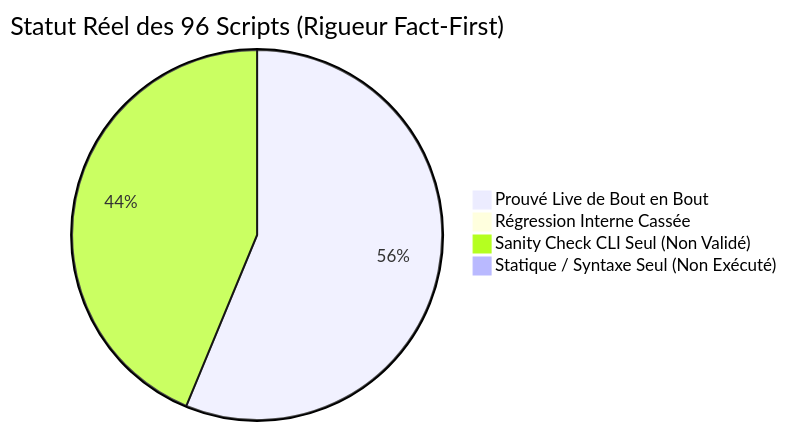
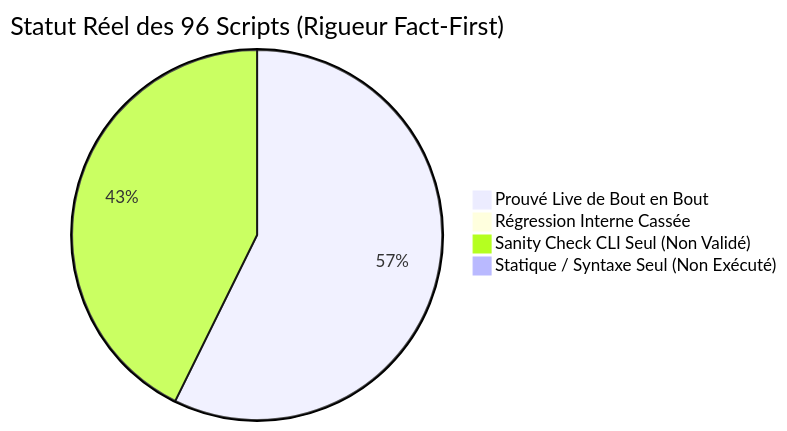
Before and after one commit to yoyonel/pydbsrt: the diagram in docs/reference/2026-11-10-audit-exhaustif-scripts-regressions.md, drawn with Mermaid. The commit also changed other lines of this file and 3 other files, not shown here.

````diff
--- a/docs/reference/2026-11-10-audit-exhaustif-scripts-regressions.md
+++ b/docs/reference/2026-11-10-audit-exhaustif-scripts-regressions.md
@@ -16,7 +16,7 @@
 ```mermaid
 pie title Statut Réel des 96 Scripts (Rigueur Fact-First)
-    "Prouvé Live de Bout en Bout" : 54
+    "Prouvé Live de Bout en Bout" : 55
     "Régression Interne Cassée" : 0
-    "Sanity Check CLI Seul (Non Validé)" : 42
+    "Sanity Check CLI Seul (Non Validé)" : 41
     "Statique / Syntaxe Seul (Non Exécuté)" : 0
 ```
````
